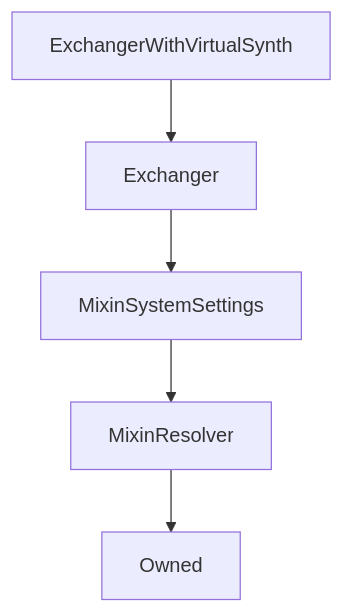
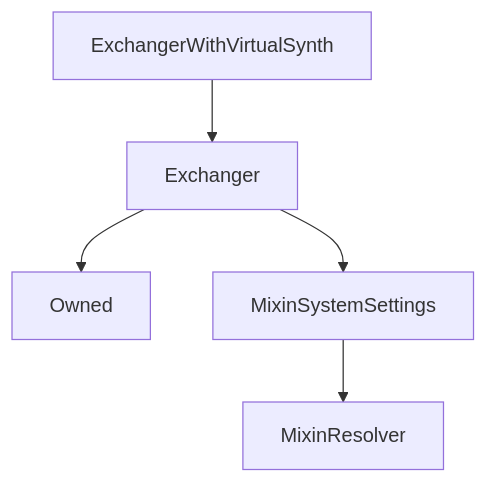
The diagram in content/contracts/source/contracts/ExchangerWithVirtualSynth.md (Synthetixio/synthetix-docs), drawn with Mermaid before and after one commit. The commit also changed other lines of this file and 117 other files, not shown here.

````diff
--- a/content/contracts/source/contracts/ExchangerWithVirtualSynth.md
+++ b/content/contracts/source/contracts/ExchangerWithVirtualSynth.md
@@ -11,8 +11,8 @@
 ```mermaid
 graph TD
     ExchangerWithVirtualSynth[ExchangerWithVirtualSynth] --> Exchanger[Exchanger]
+    Exchanger[Exchanger] --> Owned[Owned]
     Exchanger[Exchanger] --> MixinSystemSettings[MixinSystemSettings]
     MixinSystemSettings[MixinSystemSettings] --> MixinResolver[MixinResolver]
-    MixinResolver[MixinResolver] --> Owned[Owned]
 
 ```
````
